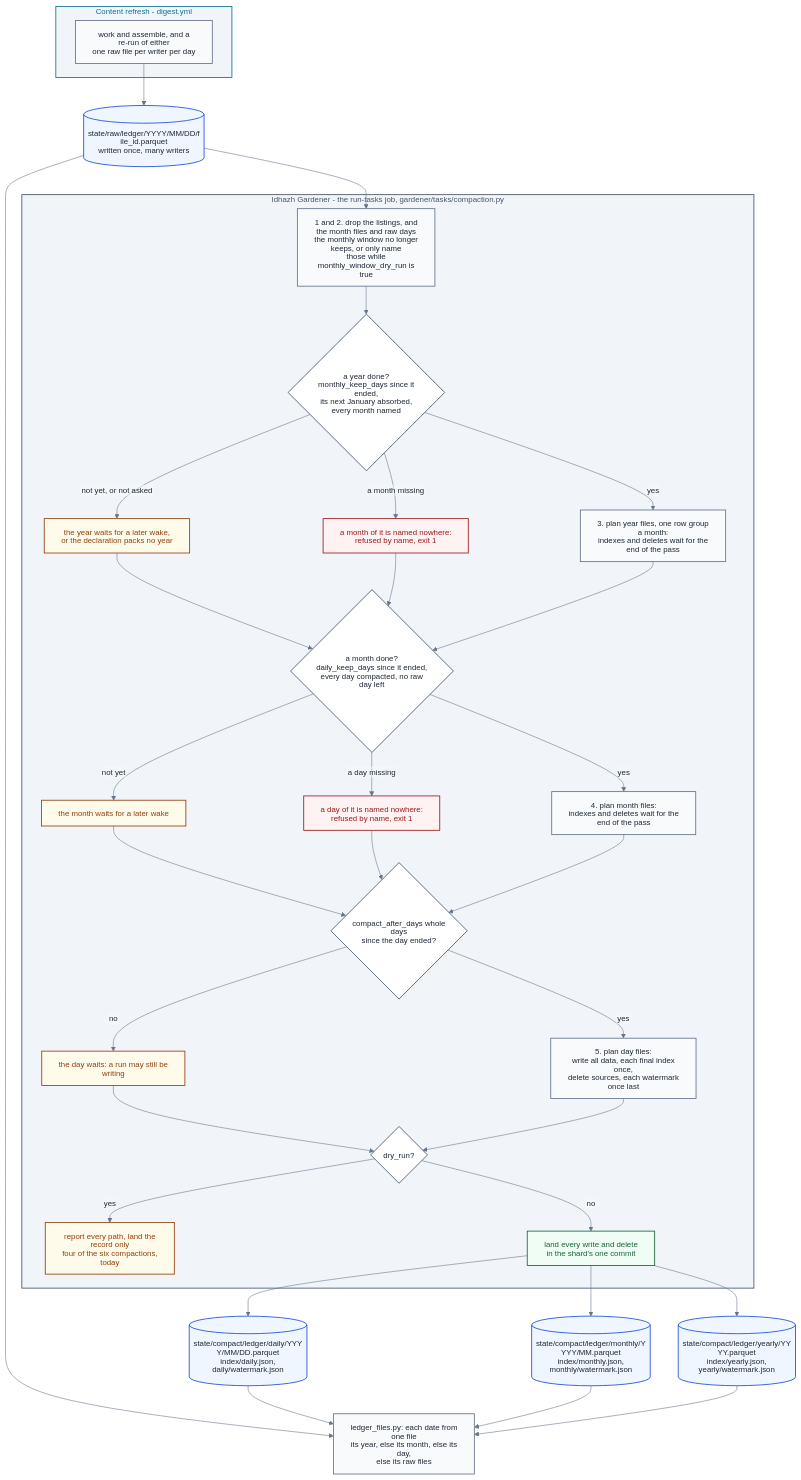
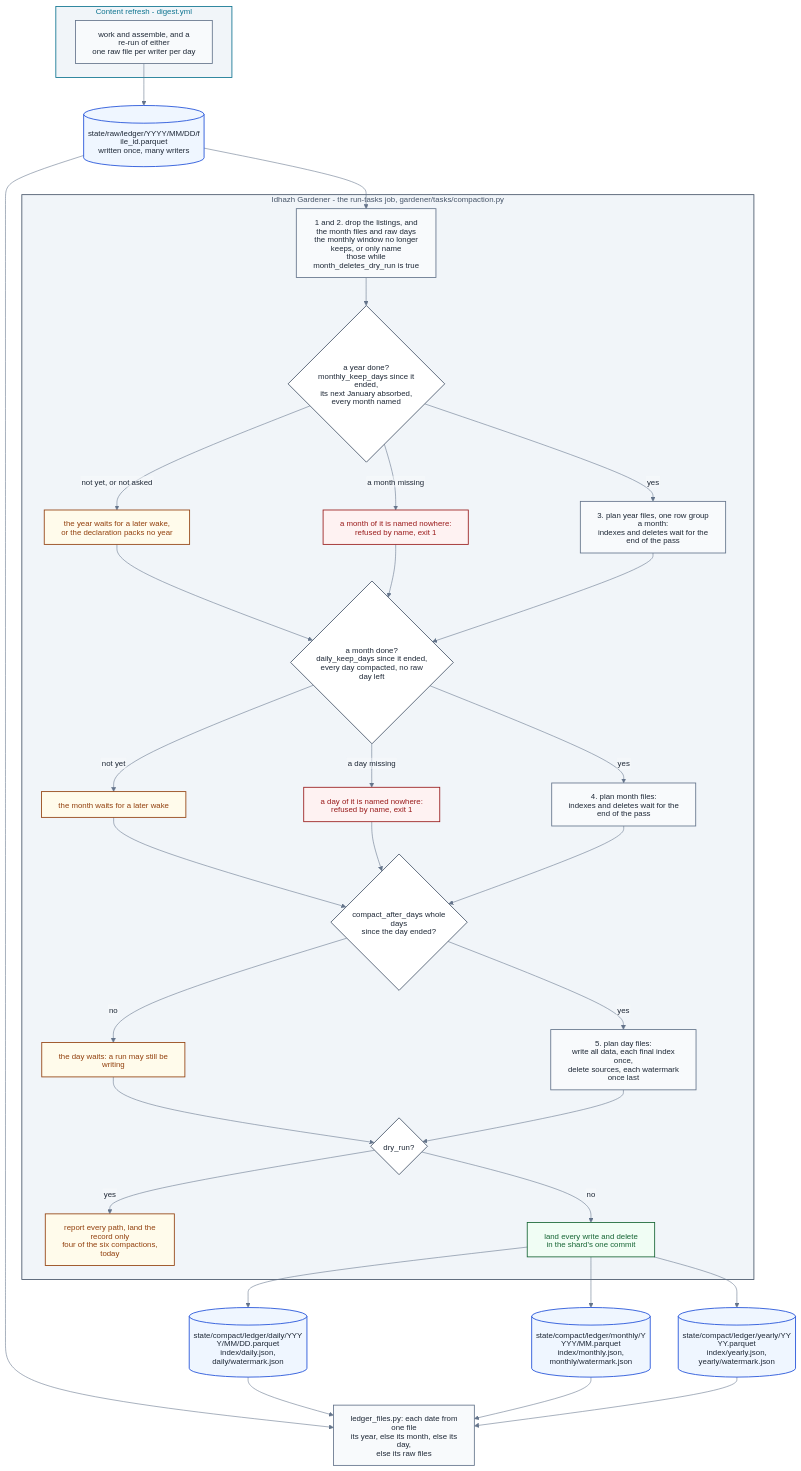
The diagram in docs/architecture/publishing/ledger-compaction.md (miztiik/yen-idhazh), drawn with Mermaid before and after one commit. The commit also changed other lines of this file and 27 other files, not shown here.

First line of the commit message:
The month-delete switch is named month_deletes_dry_run

````diff
--- a/docs/architecture/publishing/ledger-compaction.md
+++ b/docs/architecture/publishing/ledger-compaction.md
@@ -33,79 +33,79 @@
 ```mermaid
 %%{init: {"theme": "base", "htmlLabels": false, "themeVariables": {"background": "#ffffff", "primaryColor": "#f8fafc", "primaryTextColor": "#1f2937", "primaryBorderColor": "#64748b", "lineColor": "#64748b", "textColor": "#1f2937", "clusterBkg": "#f1f5f9", "clusterBorder": "#64748b", "titleColor": "#1f2937", "edgeLabelBackground": "#f8fafc", "fontSize": "14px"}}}%%
 flowchart TB
   subgraph REFRESH["Content refresh - digest.yml"]
     W["work and assemble, and a re-run of either<br/>one raw file per writer per day"]
   end
 
   RAWF[("state/raw/ledger/YYYY/MM/DD/file_id.parquet<br/>written once, many writers")]
 
   subgraph GARDEN["Idhazh Gardener - the run-tasks job, gardener/tasks/compaction.py"]
-    DROP["1 and 2. drop the listings, and the month files and raw days<br/>the monthly window no longer keeps, or only name<br/>those while monthly_window_dry_run is true"]
+    DROP["1 and 2. drop the listings, and the month files and raw days<br/>the monthly window no longer keeps, or only name<br/>those while month_deletes_dry_run is true"]
     YDONE{"a year done?<br/>monthly_keep_days since it ended,<br/>its next January absorbed, every month named"}
     YWAIT["the year waits for a later wake,<br/>or the declaration packs no year"]
     YHOLE["a month of it is named nowhere:<br/>refused by name, exit 1"]
     PACK["3. plan year files, one row group a month:<br/>indexes and deletes wait for the end of the pass"]
     MDONE{"a month done?<br/>daily_keep_days since it ended,<br/>every day compacted, no raw day left"}
     MWAIT["the month waits for a later wake"]
     MHOLE["a day of it is named nowhere:<br/>refused by name, exit 1"]
     ABSORB["4. plan month files:<br/>indexes and deletes wait for the end of the pass"]
     DDUE{"compact_after_days whole days<br/>since the day ended?"}
     DHOLD["the day waits: a run may still be writing"]
     TAKE["5. plan day files:<br/>write all data, each final index once,<br/>delete sources, each watermark once last"]
     DRY{"dry_run?"}
     REPORT["report every path, land the record only<br/>four of the six compactions, today"]
     LAND["land every write and delete<br/>in the shard's one commit"]
   end
 
   DAILY[("state/compact/ledger/daily/YYYY/MM/DD.parquet<br/>index/daily.json, daily/watermark.json")]
   MONTHLY[("state/compact/ledger/monthly/YYYY/MM.parquet<br/>index/monthly.json, monthly/watermark.json")]
   YEARLY[("state/compact/ledger/yearly/YYYY.parquet<br/>index/yearly.json, yearly/watermark.json")]
   READER["ledger_files.py: each date from one file<br/>its year, else its month, else its day,<br/>else its raw files"]
 
   W --> RAWF
   RAWF --> DROP
   DROP --> YDONE
   YDONE -->|"not yet, or not asked"| YWAIT
   YDONE -->|"a month missing"| YHOLE
   YDONE -->|"yes"| PACK
   YWAIT --> MDONE
   YHOLE --> MDONE
   PACK --> MDONE
   MDONE -->|"not yet"| MWAIT
   MDONE -->|"a day missing"| MHOLE
   MDONE -->|"yes"| ABSORB
   MWAIT --> DDUE
   MHOLE --> DDUE
   ABSORB --> DDUE
   DDUE -->|"no"| DHOLD
   DDUE -->|"yes"| TAKE
   DHOLD --> DRY
   TAKE --> DRY
   DRY -->|"yes"| REPORT
   DRY -->|"no"| LAND
   LAND --> DAILY
   LAND --> MONTHLY
   LAND --> YEARLY
   RAWF --> READER
   DAILY --> READER
   MONTHLY --> READER
   YEARLY --> READER
 
   classDef stage fill:#f8fafc,stroke:#64748b,stroke-width:1.5px,color:#1f2937;
   classDef decision fill:#ffffff,stroke:#475569,stroke-width:1.5px,color:#1f2937;
   classDef yes fill:#f0fdf4,stroke:#166534,stroke-width:1.5px,color:#166534;
   classDef no fill:#fef2f2,stroke:#991b1b,stroke-width:1.5px,color:#991b1b;
   classDef warn fill:#fffbeb,stroke:#92400e,stroke-width:1.5px,color:#92400e;
   classDef ledger fill:#eff6ff,stroke:#1d4ed8,stroke-width:1.5px,color:#1f2937;
   classDef sysOps fill:#f1f5f9,stroke:#475569,stroke-width:1.5px,color:#475569;
   classDef sysPublish fill:#f1f5f9,stroke:#0e7490,stroke-width:1.5px,color:#0e7490;
 
   class W,DROP,PACK,ABSORB,TAKE,READER stage;
   class YDONE,MDONE,DDUE,DRY decision;
   class LAND yes;
   class YHOLE,MHOLE no;
   class YWAIT,MWAIT,DHOLD,REPORT warn;
   class RAWF,DAILY,MONTHLY,YEARLY ledger;
   class REFRESH sysPublish;
   class GARDEN sysOps;
 ```
````
